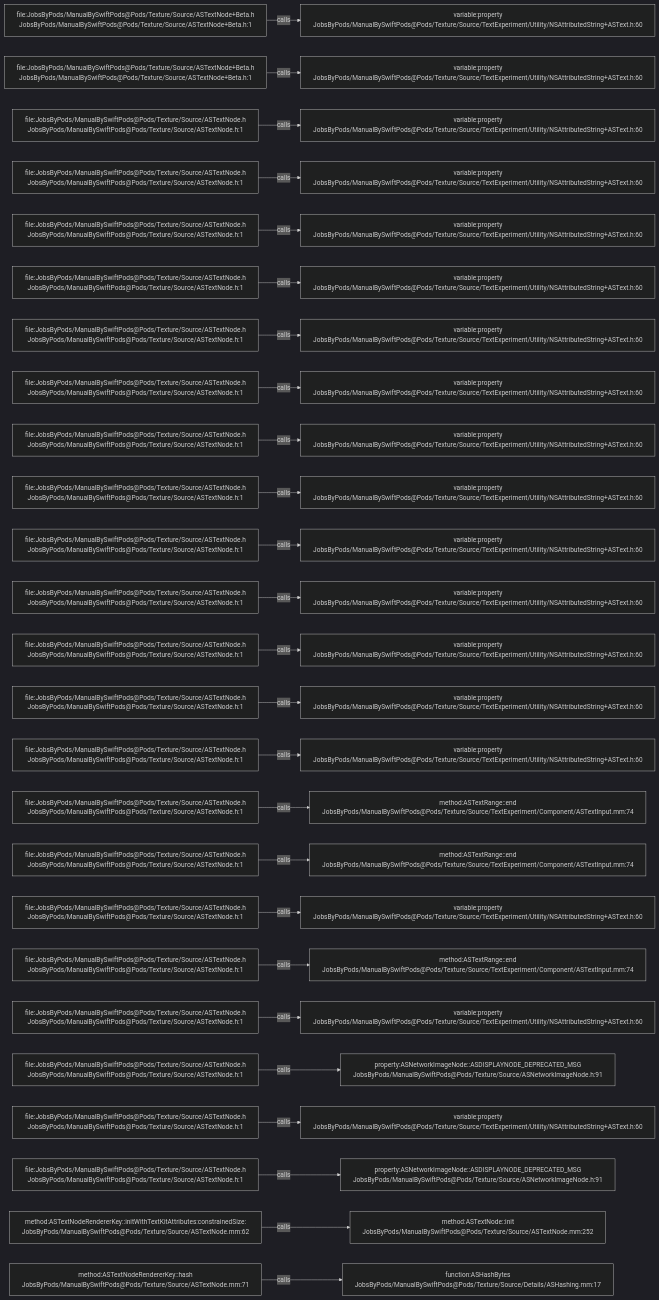
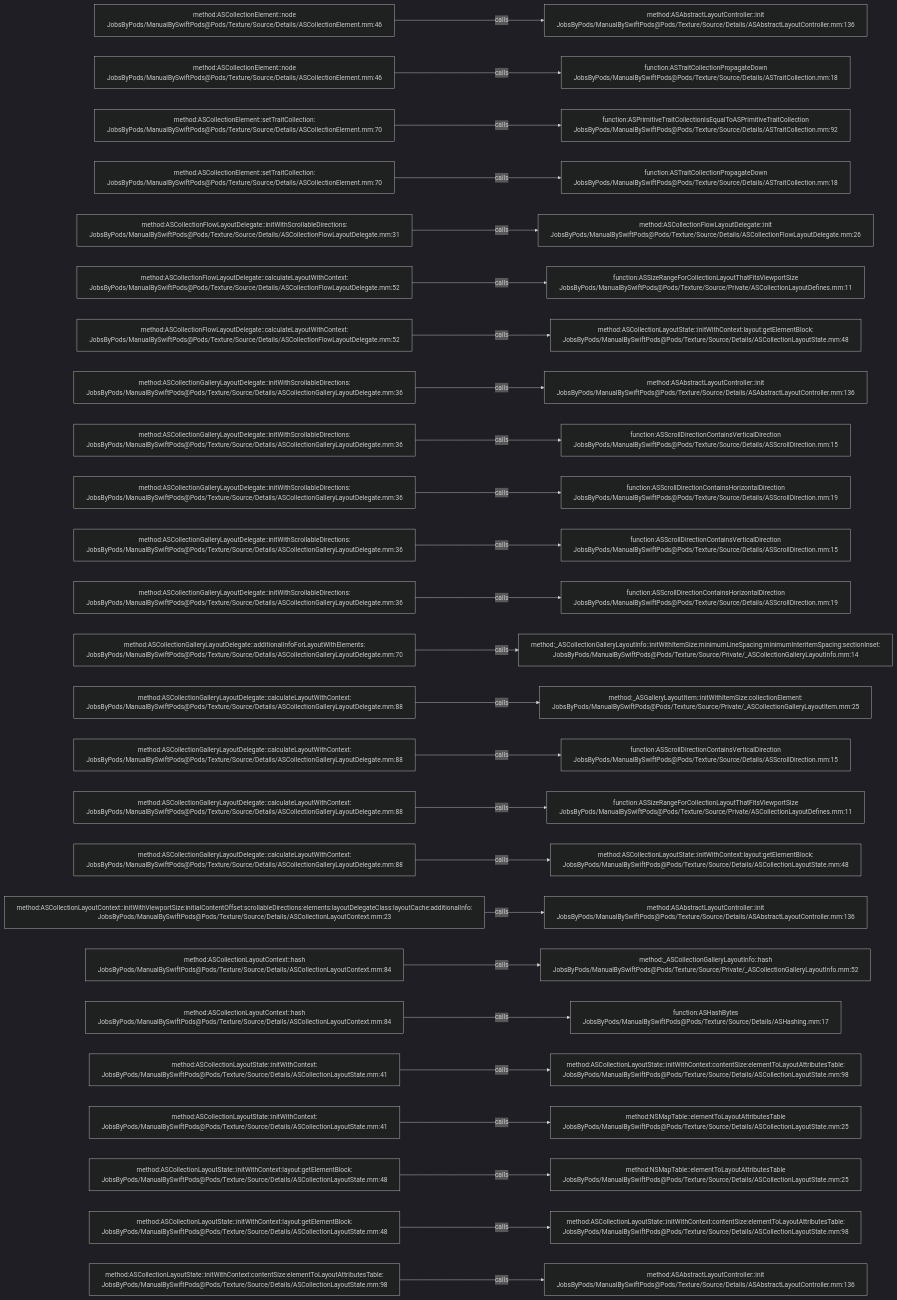
Before and after one commit to JobsKits/JobsSwiftBaseConfigDemo: the diagram in .codegraph/codegraph.md/graphs/calls-083.md, drawn with Mermaid (dark theme). The commit also changed 832 other files, not shown here.

````diff
--- a/.codegraph/codegraph.md/graphs/calls-083.md
+++ b/.codegraph/codegraph.md/graphs/calls-083.md
@@ -13,78 +13,78 @@
 ```mermaid
 flowchart LR
-  S1["file:JobsByPods/ManualBySwiftPods@Pods/Texture/Source/ASTextNode+Beta.h<br/>JobsByPods/ManualBySwiftPods@Pods/Texture/Source/ASTextNode+Beta.h:1"]
-  T1["variable:property<br/>JobsByPods/ManualBySwiftPods@Pods/Texture/Source/TextExperiment/Utility/NSAttributedString+ASText.h:60"]
+  S1["method:ASCollectionElement::node<br/>JobsByPods/ManualBySwiftPods@Pods/Texture/Source/Details/ASCollectionElement.mm:46"]
+  T1["method:ASAbstractLayoutController::init<br/>JobsByPods/ManualBySwiftPods@Pods/Texture/Source/Details/ASAbstractLayoutController.mm:136"]
   S1 -->|calls| T1
-  S2["file:JobsByPods/ManualBySwiftPods@Pods/Texture/Source/ASTextNode+Beta.h<br/>JobsByPods/ManualBySwiftPods@Pods/Texture/Source/ASTextNode+Beta.h:1"]
-  T2["variable:property<br/>JobsByPods/ManualBySwiftPods@Pods/Texture/Source/TextExperiment/Utility/NSAttributedString+ASText.h:60"]
+  S2["method:ASCollectionElement::node<br/>JobsByPods/ManualBySwiftPods@Pods/Texture/Source/Details/ASCollectionElement.mm:46"]
+  T2["function:ASTraitCollectionPropagateDown<br/>JobsByPods/ManualBySwiftPods@Pods/Texture/Source/Details/ASTraitCollection.mm:18"]
   S2 -->|calls| T2
-  S3["file:JobsByPods/ManualBySwiftPods@Pods/Texture/Source/ASTextNode.h<br/>JobsByPods/ManualBySwiftPods@Pods/Texture/Source/ASTextNode.h:1"]
-  T3["variable:property<br/>JobsByPods/ManualBySwiftPods@Pods/Texture/Source/TextExperiment/Utility/NSAttributedString+ASText.h:60"]
+  S3["method:ASCollectionElement::setTraitCollection:<br/>JobsByPods/ManualBySwiftPods@Pods/Texture/Source/Details/ASCollectionElement.mm:70"]
+  T3["function:ASPrimitiveTraitCollectionIsEqualToASPrimitiveTraitCollection<br/>JobsByPods/ManualBySwiftPods@Pods/Texture/Source/Details/ASTraitCollection.mm:92"]
   S3 -->|calls| T3
-  S4["file:JobsByPods/ManualBySwiftPods@Pods/Texture/Source/ASTextNode.h<br/>JobsByPods/ManualBySwiftPods@Pods/Texture/Source/ASTextNode.h:1"]
-  T4["variable:property<br/>JobsByPods/ManualBySwiftPods@Pods/Texture/Source/TextExperiment/Utility/NSAttributedString+ASText.h:60"]
+  S4["method:ASCollectionElement::setTraitCollection:<br/>JobsByPods/ManualBySwiftPods@Pods/Texture/Source/Details/ASCollectionElement.mm:70"]
+  T4["function:ASTraitCollectionPropagateDown<br/>JobsByPods/ManualBySwiftPods@Pods/Texture/Source/Details/ASTraitCollection.mm:18"]
   S4 -->|calls| T4
-  S5["file:JobsByPods/ManualBySwiftPods@Pods/Texture/Source/ASTextNode.h<br/>JobsByPods/ManualBySwiftPods@Pods/Texture/Source/ASTextNode.h:1"]
-  T5["variable:property<br/>JobsByPods/ManualBySwiftPods@Pods/Texture/Source/TextExperiment/Utility/NSAttributedString+ASText.h:60"]
+  S5["method:ASCollectionFlowLayoutDelegate::initWithScrollableDirections:<br/>JobsByPods/ManualBySwiftPods@Pods/Texture/Source/Details/ASCollectionFlowLayoutDelegate.mm:31"]
+  T5["method:ASCollectionFlowLayoutDelegate::init<br/>JobsByPods/ManualBySwiftPods@Pods/Texture/Source/Details/ASCollectionFlowLayoutDelegate.mm:26"]
   S5 -->|calls| T5
-  S6["file:JobsByPods/ManualBySwiftPods@Pods/Texture/Source/ASTextNode.h<br/>JobsByPods/ManualBySwiftPods@Pods/Texture/Source/ASTextNode.h:1"]
-  T6["variable:property<br/>JobsByPods/ManualBySwiftPods@Pods/Texture/Source/TextExperiment/Utility/NSAttributedString+ASText.h:60"]
+  S6["method:ASCollectionFlowLayoutDelegate::calculateLayoutWithContext:<br/>JobsByPods/ManualBySwiftPods@Pods/Texture/Source/Details/ASCollectionFlowLayoutDelegate.mm:52"]
+  T6["function:ASSizeRangeForCollectionLayoutThatFitsViewportSize<br/>JobsByPods/ManualBySwiftPods@Pods/Texture/Source/Private/ASCollectionLayoutDefines.mm:11"]
   S6 -->|calls| T6
-  S7["file:JobsByPods/ManualBySwiftPods@Pods/Texture/Source/ASTextNode.h<br/>JobsByPods/ManualBySwiftPods@Pods/Texture/Source/ASTextNode.h:1"]
-  T7["variable:property<br/>JobsByPods/ManualBySwiftPods@Pods/Texture/Source/TextExperiment/Utility/NSAttributedString+ASText.h:60"]
+  S7["method:ASCollectionFlowLayoutDelegate::calculateLayoutWithContext:<br/>JobsByPods/ManualBySwiftPods@Pods/Texture/Source/Details/ASCollectionFlowLayoutDelegate.mm:52"]
+  T7["method:ASCollectionLayoutState::initWithContext:layout:getElementBlock:<br/>JobsByPods/ManualBySwiftPods@Pods/Texture/Source/Details/ASCollectionLayoutState.mm:48"]
   S7 -->|calls| T7
-  S8["file:JobsByPods/ManualBySwiftPods@Pods/Texture/Source/ASTextNode.h<br/>JobsByPods/ManualBySwiftPods@Pods/Texture/Source/ASTextNode.h:1"]
-  T8["variable:property<br/>JobsByPods/ManualBySwiftPods@Pods/Texture/Source/TextExperiment/Utility/NSAttributedString+ASText.h:60"]
+  S8["method:ASCollectionGalleryLayoutDelegate::initWithScrollableDirections:<br/>JobsByPods/ManualBySwiftPods@Pods/Texture/Source/Details/ASCollectionGalleryLayoutDelegate.mm:36"]
+  T8["method:ASAbstractLayoutController::init<br/>JobsByPods/ManualBySwiftPods@Pods/Texture/Source/Details/ASAbstractLayoutController.mm:136"]
   S8 -->|calls| T8
-  S9["file:JobsByPods/ManualBySwiftPods@Pods/Texture/Source/ASTextNode.h<br/>JobsByPods/ManualBySwiftPods@Pods/Texture/Source/ASTextNode.h:1"]
-  T9["variable:property<br/>JobsByPods/ManualBySwiftPods@Pods/Texture/Source/TextExperiment/Utility/NSAttributedString+ASText.h:60"]
+  S9["method:ASCollectionGalleryLayoutDelegate::initWithScrollableDirections:<br/>JobsByPods/ManualBySwiftPods@Pods/Texture/Source/Details/ASCollectionGalleryLayoutDelegate.mm:36"]
+  T9["function:ASScrollDirectionContainsVerticalDirection<br/>JobsByPods/ManualBySwiftPods@Pods/Texture/Source/Details/ASScrollDirection.mm:15"]
   S9 -->|calls| T9
-  S10["file:JobsByPods/ManualBySwiftPods@Pods/Texture/Source/ASTextNode.h<br/>JobsByPods/ManualBySwiftPods@Pods/Texture/Source/ASTextNode.h:1"]
-  T10["variable:property<br/>JobsByPods/ManualBySwiftPods@Pods/Texture/Source/TextExperiment/Utility/NSAttributedString+ASText.h:60"]
+  S10["method:ASCollectionGalleryLayoutDelegate::initWithScrollableDirections:<br/>JobsByPods/ManualBySwiftPods@Pods/Texture/Source/Details/ASCollectionGalleryLayoutDelegate.mm:36"]
+  T10["function:ASScrollDirectionContainsHorizontalDirection<br/>JobsByPods/ManualBySwiftPods@Pods/Texture/Source/Details/ASScrollDirection.mm:19"]
   S10 -->|calls| T10
-  S11["file:JobsByPods/ManualBySwiftPods@Pods/Texture/Source/ASTextNode.h<br/>JobsByPods/ManualBySwiftPods@Pods/Texture/Source/ASTextNode.h:1"]
-  T11["variable:property<br/>JobsByPods/ManualBySwiftPods@Pods/Texture/Source/TextExperiment/Utility/NSAttributedString+ASText.h:60"]
+  S11["method:ASCollectionGalleryLayoutDelegate::initWithScrollableDirections:<br/>JobsByPods/ManualBySwiftPods@Pods/Texture/Source/Details/ASCollectionGalleryLayoutDelegate.mm:36"]
+  T11["function:ASScrollDirectionContainsVerticalDirection<br/>JobsByPods/ManualBySwiftPods@Pods/Texture/Source/Details/ASScrollDirection.mm:15"]
   S11 -->|calls| T11
-  S12["file:JobsByPods/ManualBySwiftPods@Pods/Texture/Source/ASTextNode.h<br/>JobsByPods/ManualBySwiftPods@Pods/Texture/Source/ASTextNode.h:1"]
-  T12["variable:property<br/>JobsByPods/ManualBySwiftPods@Pods/Texture/Source/TextExperiment/Utility/NSAttributedString+ASText.h:60"]
+  S12["method:ASCollectionGalleryLayoutDelegate::initWithScrollableDirections:<br/>JobsByPods/ManualBySwiftPods@Pods/Texture/Source/Details/ASCollectionGalleryLayoutDelegate.mm:36"]
+  T12["function:ASScrollDirectionContainsHorizontalDirection<br/>JobsByPods/ManualBySwiftPods@Pods/Texture/Source/Details/ASScrollDirection.mm:19"]
   S12 -->|calls| T12
-  S13["file:JobsByPods/ManualBySwiftPods@Pods/Texture/Source/ASTextNode.h<br/>JobsByPods/ManualBySwiftPods@Pods/Texture/Source/ASTextNode.h:1"]
-  T13["variable:property<br/>JobsByPods/ManualBySwiftPods@Pods/Texture/Source/TextExperiment/Utility/NSAttributedString+ASText.h:60"]
+  S13["method:ASCollectionGalleryLayoutDelegate::additionalInfoForLayoutWithElements:<br/>JobsByPods/ManualBySwiftPods@Pods/Texture/Source/Details/ASCollectionGalleryLayoutDelegate.mm:70"]
+  T13["method:_ASCollectionGalleryLayoutInfo::initWithItemSize:minimumLineSpacing:minimumInteritemSpacing:sectionInset:<br/>JobsByPods/ManualBySwiftPods@Pods/Texture/Source/Private/_ASCollectionGalleryLayoutInfo.mm:14"]
   S13 -->|calls| T13
-  S14["file:JobsByPods/ManualBySwiftPods@Pods/Texture/Source/ASTextNode.h<br/>JobsByPods/ManualBySwiftPods@Pods/Texture/Source/ASTextNode.h:1"]
-  T14["variable:property<br/>JobsByPods/ManualBySwiftPods@Pods/Texture/Source/TextExperiment/Utility/NSAttributedString+ASText.h:60"]
+  S14["method:ASCollectionGalleryLayoutDelegate::calculateLayoutWithContext:<br/>JobsByPods/ManualBySwiftPods@Pods/Texture/Source/Details/ASCollectionGalleryLayoutDelegate.mm:88"]
+  T14["method:_ASGalleryLayoutItem::initWithItemSize:collectionElement:<br/>JobsByPods/ManualBySwiftPods@Pods/Texture/Source/Private/_ASCollectionGalleryLayoutItem.mm:25"]
   S14 -->|calls| T14
-  S15["file:JobsByPods/ManualBySwiftPods@Pods/Texture/Source/ASTextNode.h<br/>JobsByPods/ManualBySwiftPods@Pods/Texture/Source/ASTextNode.h:1"]
-  T15["variable:property<br/>JobsByPods/ManualBySwiftPods@Pods/Texture/Source/TextExperiment/Utility/NSAttributedString+ASText.h:60"]
+  S15["method:ASCollectionGalleryLayoutDelegate::calculateLayoutWithContext:<br/>JobsByPods/ManualBySwiftPods@Pods/Texture/Source/Details/ASCollectionGalleryLayoutDelegate.mm:88"]
+  T15["function:ASScrollDirectionContainsVerticalDirection<br/>JobsByPods/ManualBySwiftPods@Pods/Texture/Source/Details/ASScrollDirection.mm:15"]
   S15 -->|calls| T15
-  S16["file:JobsByPods/ManualBySwiftPods@Pods/Texture/Source/ASTextNode.h<br/>JobsByPods/ManualBySwiftPods@Pods/Texture/Source/ASTextNode.h:1"]
-  T16["method:ASTextRange::end<br/>JobsByPods/ManualBySwiftPods@Pods/Texture/Source/TextExperiment/Component/ASTextInput.mm:74"]
+  S16["method:ASCollectionGalleryLayoutDelegate::calculateLayoutWithContext:<br/>JobsByPods/ManualBySwiftPods@Pods/Texture/Source/Details/ASCollectionGalleryLayoutDelegate.mm:88"]
+  T16["function:ASSizeRangeForCollectionLayoutThatFitsViewportSize<br/>JobsByPods/ManualBySwiftPods@Pods/Texture/Source/Private/ASCollectionLayoutDefines.mm:11"]
   S16 -->|calls| T16
-  S17["file:JobsByPods/ManualBySwiftPods@Pods/Texture/Source/ASTextNode.h<br/>JobsByPods/ManualBySwiftPods@Pods/Texture/Source/ASTextNode.h:1"]
-  T17["method:ASTextRange::end<br/>JobsByPods/ManualBySwiftPods@Pods/Texture/Source/TextExperiment/Component/ASTextInput.mm:74"]
+  S17["method:ASCollectionGalleryLayoutDelegate::calculateLayoutWithContext:<br/>JobsByPods/ManualBySwiftPods@Pods/Texture/Source/Details/ASCollectionGalleryLayoutDelegate.mm:88"]
+  T17["method:ASCollectionLayoutState::initWithContext:layout:getElementBlock:<br/>JobsByPods/ManualBySwiftPods@Pods/Texture/Source/Details/ASCollectionLayoutState.mm:48"]
   S17 -->|calls| T17
-  S18["file:JobsByPods/ManualBySwiftPods@Pods/Texture/Source/ASTextNode.h<br/>JobsByPods/ManualBySwiftPods@Pods/Texture/Source/ASTextNode.h:1"]
-  T18["variable:property<br/>JobsByPods/ManualBySwiftPods@Pods/Texture/Source/TextExperiment/Utility/NSAttributedString+ASText.h:60"]
+  S18["method:ASCollectionLayoutContext::initWithViewportSize:initialContentOffset:scrollableDirections:elements:layoutDelegateClass:layoutCache:additionalInfo:<br/>JobsByPods/ManualBySwiftPods@Pods/Texture/Source/Details/ASCollectionLayoutContext.mm:23"]
+  T18["method:ASAbstractLayoutController::init<br/>JobsByPods/ManualBySwiftPods@Pods/Texture/Source/Details/ASAbstractLayoutController.mm:136"]
   S18 -->|calls| T18
-  S19["file:JobsByPods/ManualBySwiftPods@Pods/Texture/Source/ASTextNode.h<br/>JobsByPods/ManualBySwiftPods@Pods/Texture/Source/ASTextNode.h:1"]
-  T19["method:ASTextRange::end<br/>JobsByPods/ManualBySwiftPods@Pods/Texture/Source/TextExperiment/Component/ASTextInput.mm:74"]
+  S19["method:ASCollectionLayoutContext::hash<br/>JobsByPods/ManualBySwiftPods@Pods/Texture/Source/Details/ASCollectionLayoutContext.mm:84"]
+  T19["method:_ASCollectionGalleryLayoutInfo::hash<br/>JobsByPods/ManualBySwiftPods@Pods/Texture/Source/Private/_ASCollectionGalleryLayoutInfo.mm:52"]
   S19 -->|calls| T19
-  S20["file:JobsByPods/ManualBySwiftPods@Pods/Texture/Source/ASTextNode.h<br/>JobsByPods/ManualBySwiftPods@Pods/Texture/Source/ASTextNode.h:1"]
-  T20["variable:property<br/>JobsByPods/ManualBySwiftPods@Pods/Texture/Source/TextExperiment/Utility/NSAttributedString+ASText.h:60"]
+  S20["method:ASCollectionLayoutContext::hash<br/>JobsByPods/ManualBySwiftPods@Pods/Texture/Source/Details/ASCollectionLayoutContext.mm:84"]
+  T20["function:ASHashBytes<br/>JobsByPods/ManualBySwiftPods@Pods/Texture/Source/Details/ASHashing.mm:17"]
   S20 -->|calls| T20
-  S21["file:JobsByPods/ManualBySwiftPods@Pods/Texture/Source/ASTextNode.h<br/>JobsByPods/ManualBySwiftPods@Pods/Texture/Source/ASTextNode.h:1"]
-  T21["property:ASNetworkImageNode::ASDISPLAYNODE_DEPRECATED_MSG<br/>JobsByPods/ManualBySwiftPods@Pods/Texture/Source/ASNetworkImageNode.h:91"]
+  S21["method:ASCollectionLayoutState::initWithContext:<br/>JobsByPods/ManualBySwiftPods@Pods/Texture/Source/Details/ASCollectionLayoutState.mm:41"]
+  T21["method:ASCollectionLayoutState::initWithContext:contentSize:elementToLayoutAttributesTable:<br/>JobsByPods/ManualBySwiftPods@Pods/Texture/Source/Details/ASCollectionLayoutState.mm:98"]
   S21 -->|calls| T21
-  S22["file:JobsByPods/ManualBySwiftPods@Pods/Texture/Source/ASTextNode.h<br/>JobsByPods/ManualBySwiftPods@Pods/Texture/Source/ASTextNode.h:1"]
-  T22["variable:property<br/>JobsByPods/ManualBySwiftPods@Pods/Texture/Source/TextExperiment/Utility/NSAttributedString+ASText.h:60"]
+  S22["method:ASCollectionLayoutState::initWithContext:<br/>JobsByPods/ManualBySwiftPods@Pods/Texture/Source/Details/ASCollectionLayoutState.mm:41"]
+  T22["method:NSMapTable::elementToLayoutAttributesTable<br/>JobsByPods/ManualBySwiftPods@Pods/Texture/Source/Details/ASCollectionLayoutState.mm:25"]
   S22 -->|calls| T22
-  S23["file:JobsByPods/ManualBySwiftPods@Pods/Texture/Source/ASTextNode.h<br/>JobsByPods/ManualBySwiftPods@Pods/Texture/Source/ASTextNode.h:1"]
-  T23["property:ASNetworkImageNode::ASDISPLAYNODE_DEPRECATED_MSG<br/>JobsByPods/ManualBySwiftPods@Pods/Texture/Source/ASNetworkImageNode.h:91"]
+  S23["method:ASCollectionLayoutState::initWithContext:layout:getElementBlock:<br/>JobsByPods/ManualBySwiftPods@Pods/Texture/Source/Details/ASCollectionLayoutState.mm:48"]
+  T23["method:NSMapTable::elementToLayoutAttributesTable<br/>JobsByPods/ManualBySwiftPods@Pods/Texture/Source/Details/ASCollectionLayoutState.mm:25"]
   S23 -->|calls| T23
-  S24["method:ASTextNodeRendererKey::initWithTextKitAttributes:constrainedSize:<br/>JobsByPods/ManualBySwiftPods@Pods/Texture/Source/ASTextNode.mm:62"]
-  T24["method:ASTextNode::init<br/>JobsByPods/ManualBySwiftPods@Pods/Texture/Source/ASTextNode.mm:252"]
+  S24["method:ASCollectionLayoutState::initWithContext:layout:getElementBlock:<br/>JobsByPods/ManualBySwiftPods@Pods/Texture/Source/Details/ASCollectionLayoutState.mm:48"]
+  T24["method:ASCollectionLayoutState::initWithContext:contentSize:elementToLayoutAttributesTable:<br/>JobsByPods/ManualBySwiftPods@Pods/Texture/Source/Details/ASCollectionLayoutState.mm:98"]
   S24 -->|calls| T24
-  S25["method:ASTextNodeRendererKey::hash<br/>JobsByPods/ManualBySwiftPods@Pods/Texture/Source/ASTextNode.mm:71"]
-  T25["function:ASHashBytes<br/>JobsByPods/ManualBySwiftPods@Pods/Texture/Source/Details/ASHashing.mm:17"]
+  S25["method:ASCollectionLayoutState::initWithContext:contentSize:elementToLayoutAttributesTable:<br/>JobsByPods/ManualBySwiftPods@Pods/Texture/Source/Details/ASCollectionLayoutState.mm:98"]
+  T25["method:ASAbstractLayoutController::init<br/>JobsByPods/ManualBySwiftPods@Pods/Texture/Source/Details/ASAbstractLayoutController.mm:136"]
   S25 -->|calls| T25
 ```
````
